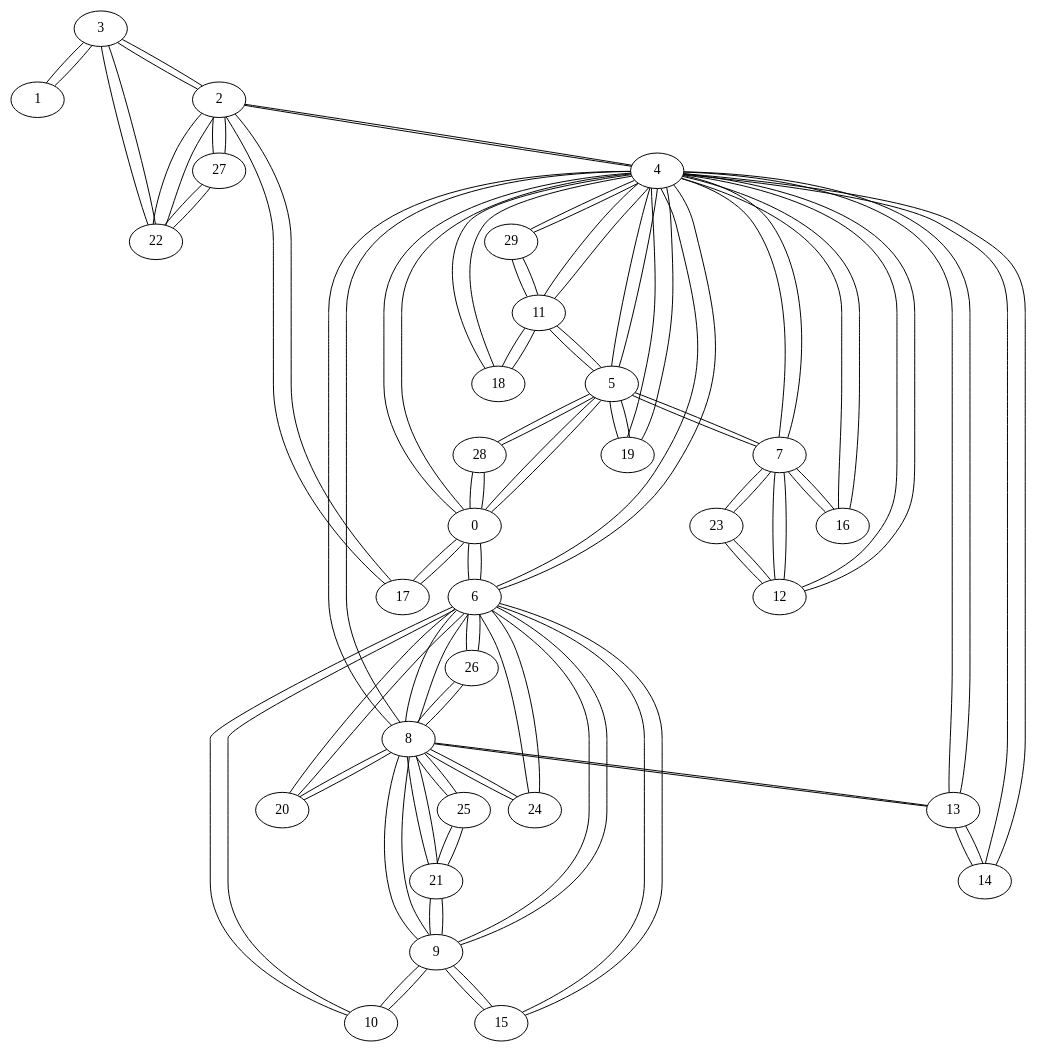
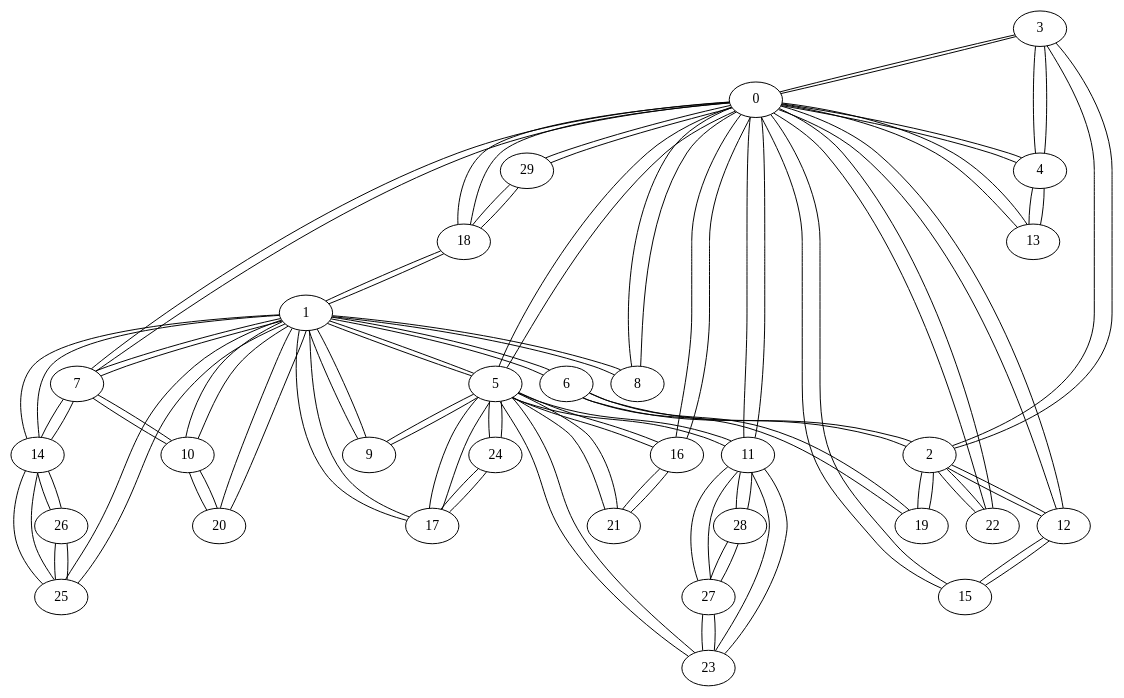
The diagram in grafo_dorogov30.gv (GusRojas/Grafos2DAA_A24), drawn with Graphviz before and after one commit. The commit also changed 41 other files, not shown here.

```diff
--- a/grafo_dorogov30.gv
+++ b/grafo_dorogov30.gv
@@ -1,110 +1,110 @@
 graph {
-  3 -- 1;
+  3 -- 0;
   3 -- 2;
-  3 -- 22;
-  1 -- 3;
-  2 -- 3;
-  2 -- 4;
-  2 -- 17;
-  2 -- 22;
-  2 -- 27;
-  4 -- 0;
-  4 -- 2;
-  4 -- 5;
-  4 -- 6;
-  4 -- 7;
-  4 -- 8;
-  4 -- 11;
-  4 -- 12;
-  4 -- 13;
-  4 -- 14;
-  4 -- 16;
-  4 -- 18;
-  4 -- 19;
-  4 -- 29;
+  3 -- 4;
+  0 -- 3;
   0 -- 4;
   0 -- 5;
-  0 -- 6;
-  0 -- 17;
-  0 -- 28;
+  0 -- 7;
+  0 -- 8;
+  0 -- 11;
+  0 -- 12;
+  0 -- 13;
+  0 -- 15;
+  0 -- 16;
+  0 -- 18;
+  0 -- 22;
+  0 -- 29;
+  2 -- 3;
+  2 -- 6;
+  2 -- 12;
+  2 -- 19;
+  2 -- 22;
+  4 -- 0;
+  4 -- 3;
+  4 -- 13;
   5 -- 0;
-  5 -- 4;
-  5 -- 7;
+  5 -- 1;
+  5 -- 9;
   5 -- 11;
-  5 -- 19;
-  5 -- 28;
-  6 -- 0;
-  6 -- 4;
-  6 -- 8;
-  6 -- 9;
-  6 -- 10;
-  6 -- 15;
-  6 -- 20;
-  6 -- 24;
-  6 -- 26;
-  7 -- 4;
-  7 -- 5;
-  7 -- 12;
-  7 -- 16;
-  7 -- 23;
-  8 -- 4;
-  8 -- 6;
-  8 -- 9;
-  8 -- 13;
-  8 -- 20;
-  8 -- 21;
-  8 -- 24;
-  8 -- 25;
-  8 -- 26;
-  9 -- 6;
-  9 -- 8;
-  9 -- 10;
-  9 -- 15;
-  9 -- 21;
-  10 -- 6;
-  10 -- 9;
-  11 -- 4;
+  5 -- 16;
+  5 -- 17;
+  5 -- 21;
+  5 -- 23;
+  5 -- 24;
+  1 -- 5;
+  1 -- 6;
+  1 -- 7;
+  1 -- 8;
+  1 -- 9;
+  1 -- 10;
+  1 -- 14;
+  1 -- 17;
+  1 -- 18;
+  1 -- 20;
+  1 -- 25;
+  6 -- 1;
+  6 -- 2;
+  6 -- 19;
+  7 -- 0;
+  7 -- 1;
+  7 -- 10;
+  7 -- 14;
+  8 -- 0;
+  8 -- 1;
+  9 -- 1;
+  9 -- 5;
+  10 -- 1;
+  10 -- 7;
+  10 -- 20;
+  11 -- 0;
   11 -- 5;
-  11 -- 18;
-  11 -- 29;
-  12 -- 4;
-  12 -- 7;
-  12 -- 23;
+  11 -- 23;
+  11 -- 27;
+  11 -- 28;
+  12 -- 0;
+  12 -- 2;
+  12 -- 15;
+  13 -- 0;
   13 -- 4;
-  13 -- 8;
-  13 -- 14;
-  14 -- 4;
-  14 -- 13;
-  15 -- 6;
-  15 -- 9;
-  16 -- 4;
-  16 -- 7;
-  17 -- 0;
-  17 -- 2;
-  18 -- 4;
-  18 -- 11;
-  19 -- 4;
-  19 -- 5;
-  20 -- 6;
-  20 -- 8;
-  21 -- 8;
-  21 -- 9;
-  21 -- 25;
+  14 -- 1;
+  14 -- 7;
+  14 -- 25;
+  14 -- 26;
+  15 -- 0;
+  15 -- 12;
+  16 -- 0;
+  16 -- 5;
+  16 -- 21;
+  17 -- 1;
+  17 -- 5;
+  17 -- 24;
+  18 -- 0;
+  18 -- 1;
+  18 -- 29;
+  19 -- 2;
+  19 -- 6;
+  20 -- 1;
+  20 -- 10;
+  21 -- 5;
+  21 -- 16;
+  22 -- 0;
   22 -- 2;
-  22 -- 3;
-  22 -- 27;
-  23 -- 7;
-  23 -- 12;
-  24 -- 6;
-  24 -- 8;
-  25 -- 8;
-  25 -- 21;
-  26 -- 6;
-  26 -- 8;
-  27 -- 2;
-  27 -- 22;
-  28 -- 0;
-  28 -- 5;
-  29 -- 4;
-  29 -- 11;
+  23 -- 5;
+  23 -- 11;
+  23 -- 27;
+  24 -- 5;
+  24 -- 17;
+  25 -- 1;
+  25 -- 14;
+  25 -- 26;
+  26 -- 14;
+  26 -- 25;
+  27 -- 11;
+  27 -- 23;
+  27 -- 28;
+  28 -- 11;
+  28 -- 27;
+  29 -- 0;
+  29 -- 18;
 }
```
